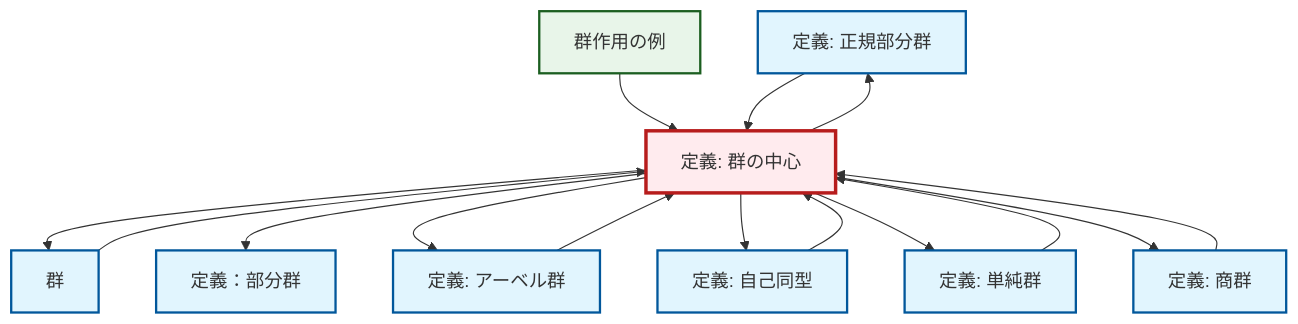
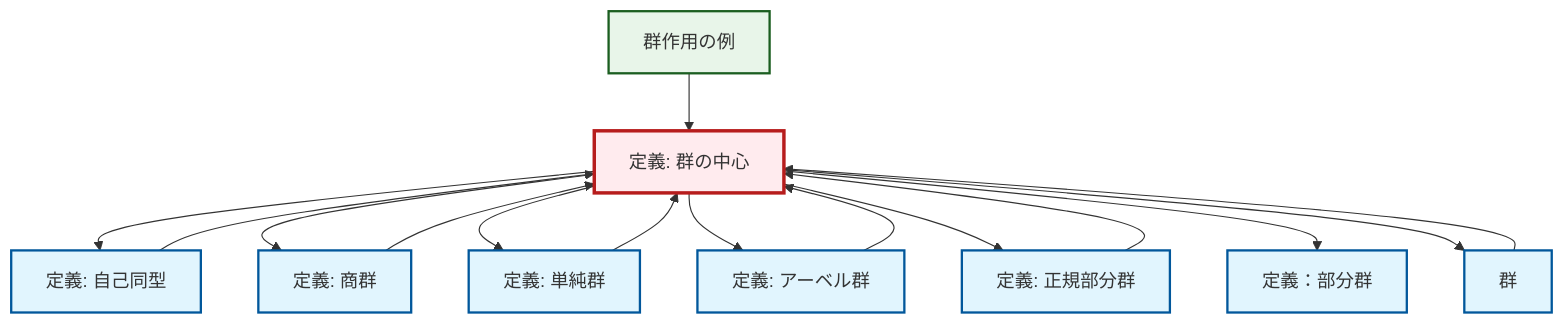
One commit to RK0429/ModernMath changed the diagram in content/ja/algebra/def-center-of-group.qmd. Above: the diagram before and after it, drawn with Mermaid. The commit also changed other lines of this file and 328 other files, not shown here.

````diff
--- a/content/ja/algebra/def-center-of-group.qmd
+++ b/content/ja/algebra/def-center-of-group.qmd
@@ -112,41 +112,41 @@
 ```{mermaid}
 %%| fig-cap: "ローカル依存関係グラフ"
 graph TD
     classDef definition fill:#e1f5fe,stroke:#01579b,stroke-width:2px
     classDef theorem fill:#f3e5f5,stroke:#4a148c,stroke-width:2px
     classDef axiom fill:#fff3e0,stroke:#e65100,stroke-width:2px
     classDef example fill:#e8f5e9,stroke:#1b5e20,stroke-width:2px
     classDef current fill:#ffebee,stroke:#b71c1c,stroke-width:3px
-    def-subgroup["定義：部分群"]:::definition
-    def-normal-subgroup["定義: 正規部分群"]:::definition
-    def-quotient-group["定義: 商群"]:::definition
     ex-group-action-examples["群作用の例"]:::example
     def-automorphism["定義: 自己同型"]:::definition
+    def-normal-subgroup["定義: 正規部分群"]:::definition
+    def-subgroup["定義：部分群"]:::definition
+    def-simple-group["定義: 単純群"]:::definition
+    def-abelian-group["定義: アーベル群"]:::definition
     def-group["群"]:::definition
     def-center-of-group["定義: 群の中心"]:::definition
-    def-simple-group["定義: 単純群"]:::definition
-    def-abelian-group["定義: アーベル群"]:::definition
+    def-quotient-group["定義: 商群"]:::definition
+    def-center-of-group --> def-automorphism
+    def-center-of-group --> def-quotient-group
+    def-quotient-group --> def-center-of-group
+    def-automorphism --> def-center-of-group
+    def-center-of-group --> def-simple-group
+    ex-group-action-examples --> def-center-of-group
+    def-center-of-group --> def-abelian-group
+    def-center-of-group --> def-normal-subgroup
+    def-center-of-group --> def-subgroup
+    def-simple-group --> def-center-of-group
     def-center-of-group --> def-group
-    ex-group-action-examples --> def-center-of-group
-    def-quotient-group --> def-center-of-group
-    def-center-of-group --> def-subgroup
     def-group --> def-center-of-group
-    def-automorphism --> def-center-of-group
-    def-center-of-group --> def-abelian-group
-    def-simple-group --> def-center-of-group
-    def-center-of-group --> def-normal-subgroup
+    def-normal-subgroup --> def-center-of-group
     def-abelian-group --> def-center-of-group
-    def-center-of-group --> def-automorphism
-    def-normal-subgroup --> def-center-of-group
-    def-center-of-group --> def-simple-group
-    def-center-of-group --> def-quotient-group
     class def-center-of-group current
-    click def-subgroup "def-subgroup.html" "定義：部分群へ"
-    click def-normal-subgroup "def-normal-subgroup.html" "正規部分群の定義へ"
-    click def-quotient-group "def-quotient-group.html" "商群の定義へ"
     click ex-group-action-examples "ex-group-action-examples.html" "群作用の例へ"
     click def-automorphism "def-automorphism.html" "自己同型の定義へ"
-    click def-group "def-group.html" "群へ"
+    click def-normal-subgroup "def-normal-subgroup.html" "正規部分群の定義へ"
+    click def-subgroup "def-subgroup.html" "定義：部分群へ"
     click def-simple-group "def-simple-group.html" "単純群の定義へ"
     click def-abelian-group "def-abelian-group.html" "アーベル群の定義へ"
+    click def-group "def-group.html" "群へ"
+    click def-quotient-group "def-quotient-group.html" "商群の定義へ"
 ```
````
